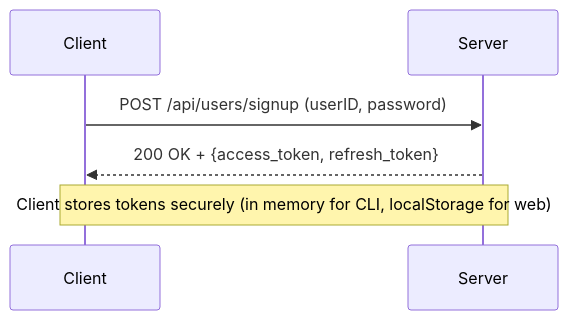
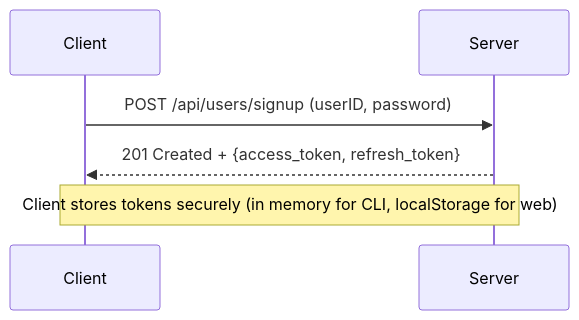
Before and after one commit to funduck/tic-tac-toe: the second of 4 diagrams in README.md, drawn with Mermaid. The commit also changed other lines of this file and 23 other files, not shown here.

Commit message:
auth middleware checks userID in access token access token and refresh token contain additional claim to distinguish them game uses optimistic locking to process concurrent requests create user is used for signup to cope with concurrent requests

````diff
--- a/README.md
+++ b/README.md
@@ -140,7 +143,7 @@
 ```mermaid
 sequenceDiagram
 Client ->> Server: POST /api/users/signup (userID, password)
-Server -->> Client: 200 OK + {access_token, refresh_token}
+Server -->> Client: 201 Created + {access_token, refresh_token}
 
 Note over Client, Server: Client stores tokens securely (in memory for CLI, localStorage for web)
 ```
````
